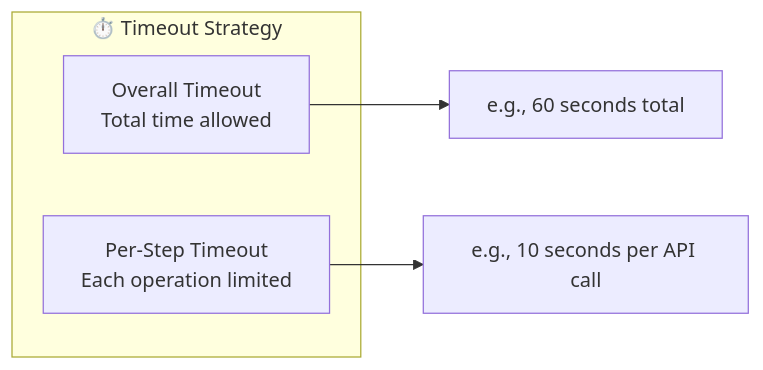
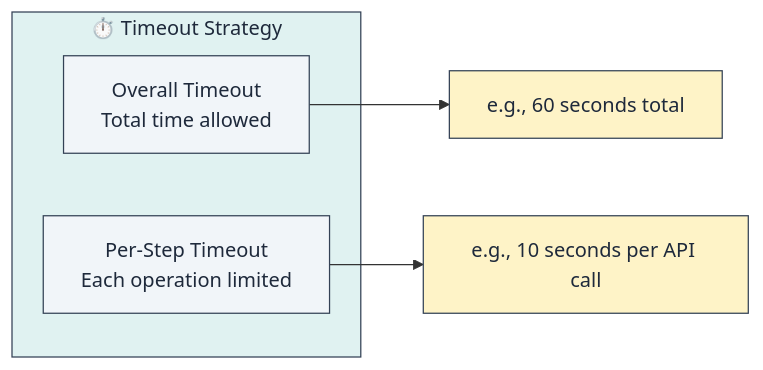
Before and after one commit to lploc94/flutter_orchestrator: the fifth of 16 diagrams in book/chapters/05_advanced_patterns.md, drawn with Mermaid. The commit also changed other lines of this file, not shown here.

````diff
--- a/book/chapters/05_advanced_patterns.md
+++ b/book/chapters/05_advanced_patterns.md
@@ -100,10 +121,16 @@
 ```mermaid
 graph LR
     subgraph Strategy["⏱️ Timeout Strategy"]
         Overall["Overall Timeout<br/>Total time allowed"]
         PerStep["Per-Step Timeout<br/>Each operation limited"]
     end
     
     Overall --> Total["e.g., 60 seconds total"]
     PerStep --> Each["e.g., 10 seconds per API call"]
+    
+    style Strategy fill:#e0f2f1,stroke:#334155,color:#1e293b
+    style Overall fill:#f1f5f9,stroke:#334155,color:#1e293b
+    style PerStep fill:#f1f5f9,stroke:#334155,color:#1e293b
+    style Total fill:#fef3c7,stroke:#334155,color:#1e293b
+    style Each fill:#fef3c7,stroke:#334155,color:#1e293b
 ```
````
